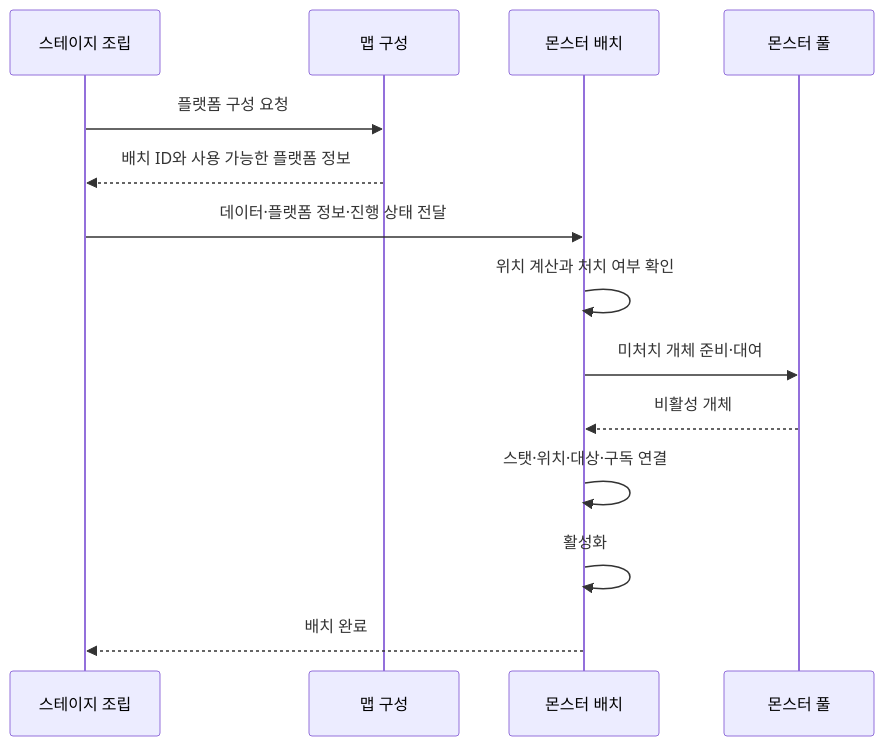
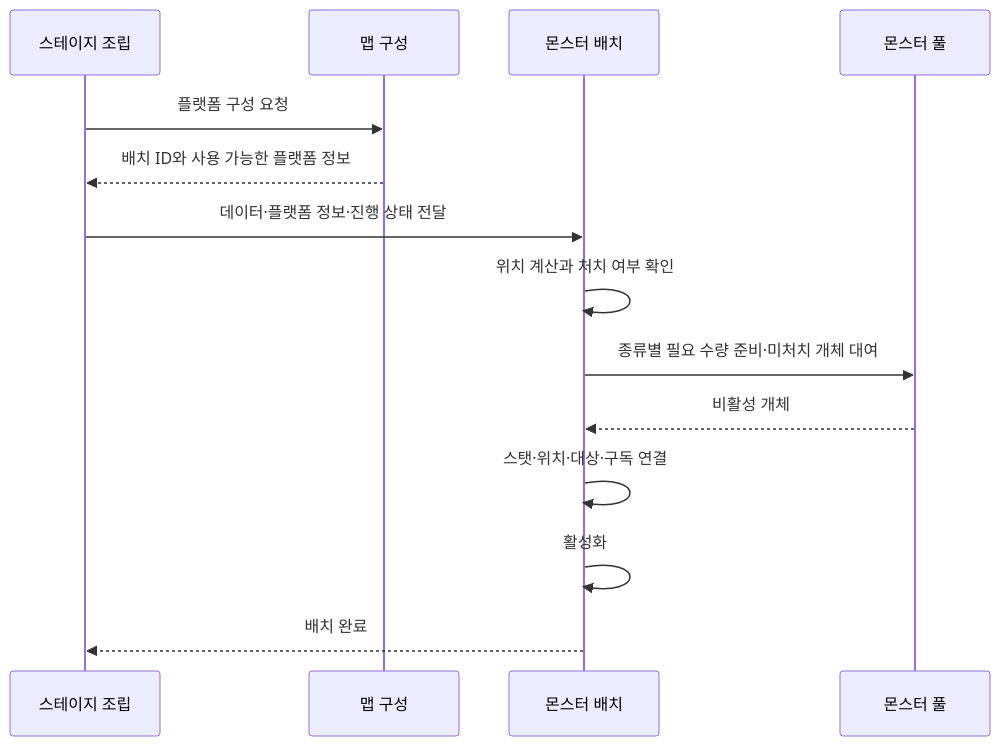
The third of 5 diagrams in Docs/맵 구성과 몬스터 배치 데이터 제안서.md (hyunho9228-web/DataSheet), drawn with Mermaid before and after one commit. The commit also changed other lines of this file, not shown here.

````diff
--- a/Docs/맵 구성과 몬스터 배치 데이터 제안서.md
+++ b/Docs/맵 구성과 몬스터 배치 데이터 제안서.md
@@ -109,16 +112,16 @@
 ```mermaid
 sequenceDiagram
     participant A as 스테이지 조립
     participant M as 맵 구성
     participant S as 몬스터 배치
     participant P as 몬스터 풀
     A->>M: 플랫폼 구성 요청
     M-->>A: 배치 ID와 사용 가능한 플랫폼 정보
     A->>S: 데이터·플랫폼 정보·진행 상태 전달
     S->>S: 위치 계산과 처치 여부 확인
-    S->>P: 미처치 개체 준비·대여
+    S->>P: 종류별 필요 수량 준비·미처치 개체 대여
     P-->>S: 비활성 개체
     S->>S: 스탯·위치·대상·구독 연결
     S->>S: 활성화
     S-->>A: 배치 완료
 ```
````
